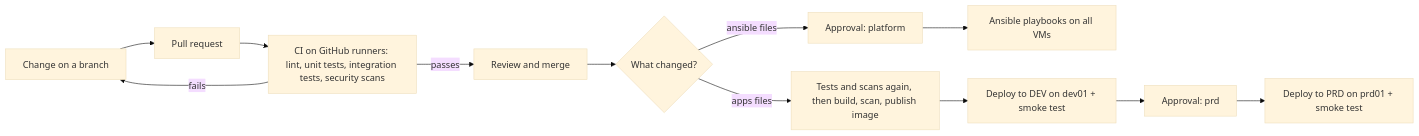
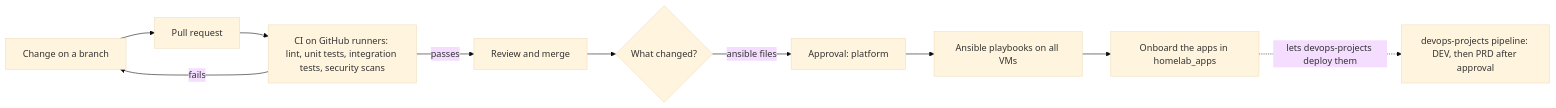
The second of 2 diagrams in README.md (Zulhardy/homelab), drawn with Mermaid (base theme) before and after one commit. The commit also changed other lines of this file and 38 other files, not shown here.

First line of the commit message:
feat: split apps out to devops-projects; homelab keeps the platform

````diff
--- a/README.md
+++ b/README.md
@@ -130,14 +133,12 @@
 ```mermaid
 flowchart LR
     A["Change on a branch"] --> B["Pull request"]
     B --> C["CI on GitHub runners: lint, unit tests, integration tests, security scans"]
     C -->|"fails"| A
     C -->|"passes"| D["Review and merge"]
     D --> E{"What changed?"}
     E -->|"ansible files"| F["Approval: platform"]
     F --> F2["Ansible playbooks on all VMs"]
-    E -->|"apps files"| G["Tests and scans again, then build, scan, publish image"]
-    G --> H["Deploy to DEV on dev01 + smoke test"]
-    H --> I["Approval: prd"]
-    I --> J["Deploy to PRD on prd01 + smoke test"]
+    F2 --> F3["Onboard the apps in homelab_apps"]
+    F3 -.->|"lets devops-projects deploy them"| G["devops-projects pipeline: DEV, then PRD after approval"]
 ```
````
